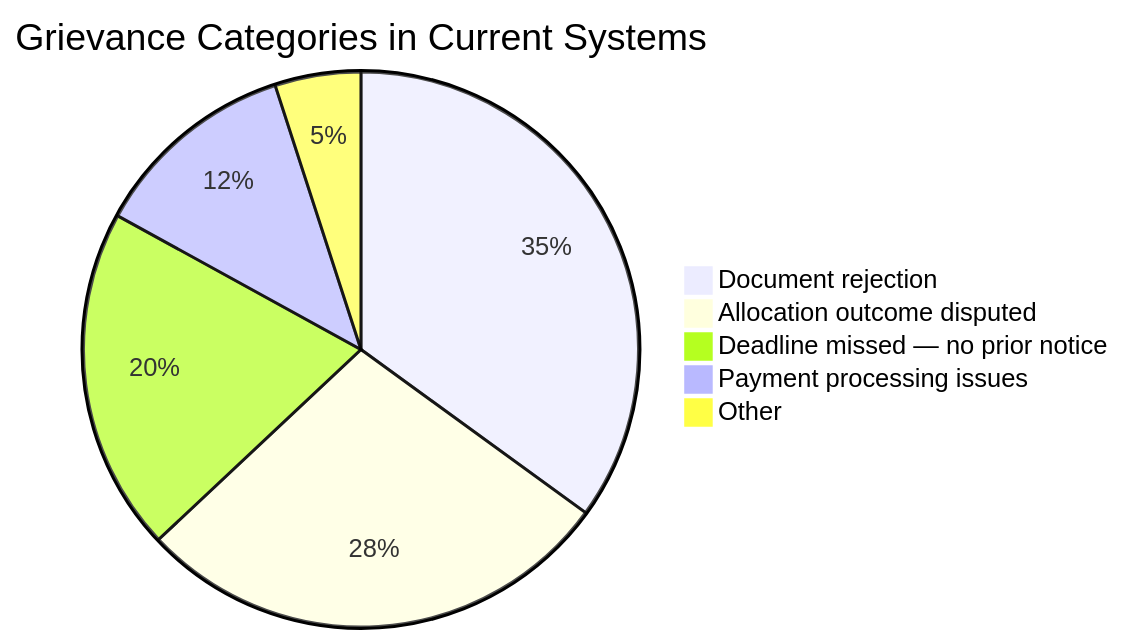
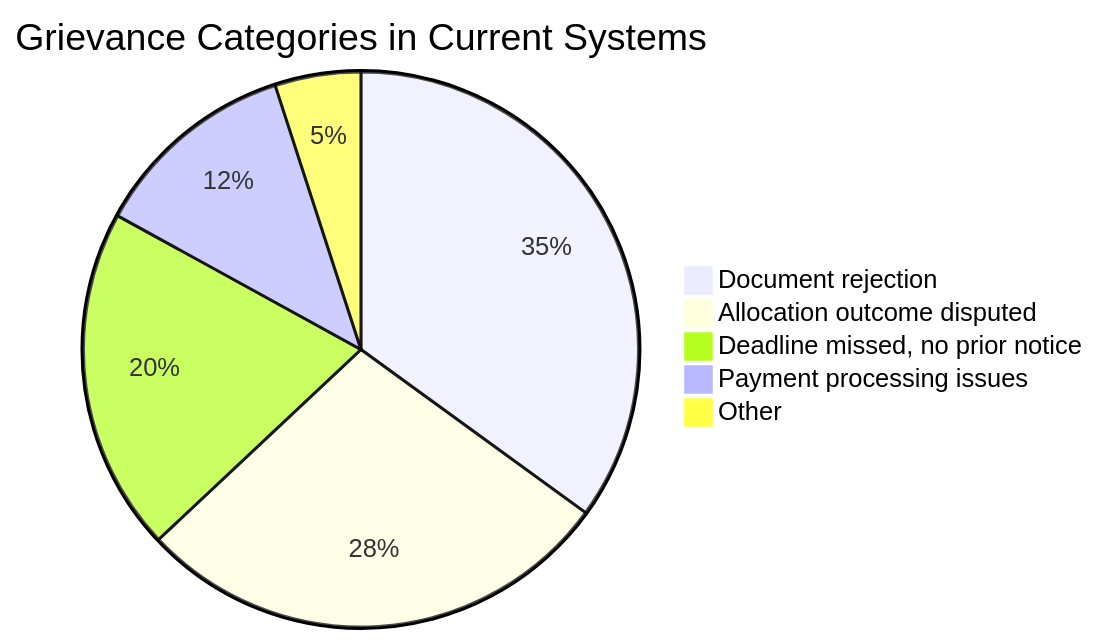
The second of 2 diagrams in praveshai/audit-and-explainability.mdx (aashrutsharma2/docs), drawn with Mermaid before and after one commit. The commit also changed other lines of this file and 9 other files, not shown here.

````diff
--- a/praveshai/audit-and-explainability.mdx
+++ b/praveshai/audit-and-explainability.mdx
@@ -102,8 +102,8 @@
 ```mermaid
 pie title Grievance Categories in Current Systems
     "Document rejection" : 35
     "Allocation outcome disputed" : 28
-    "Deadline missed — no prior notice" : 20
+    "Deadline missed, no prior notice" : 20
     "Payment processing issues" : 12
     "Other" : 5
 ```
````
